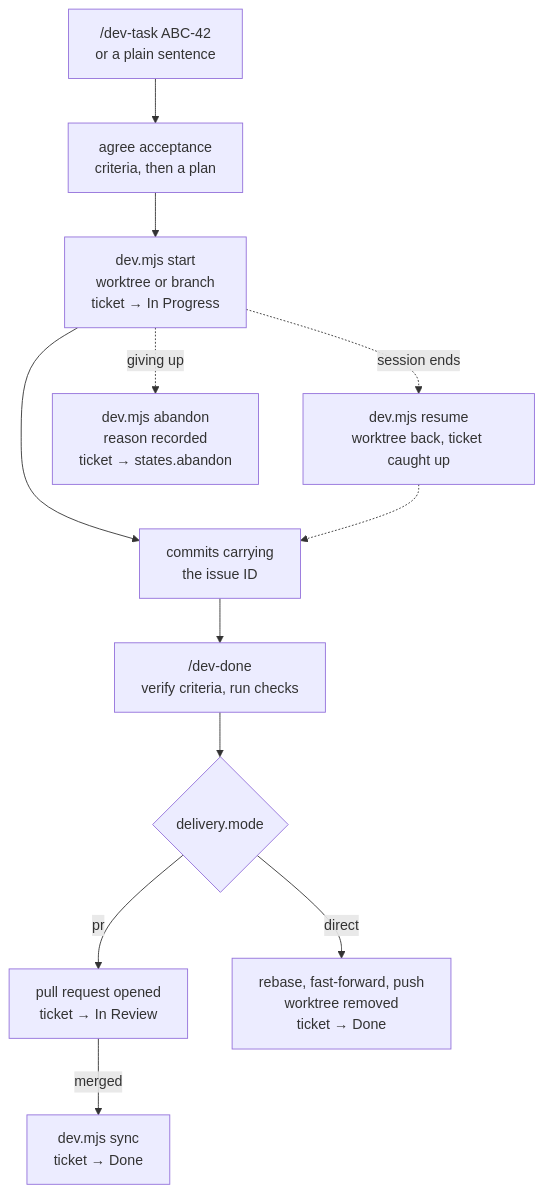
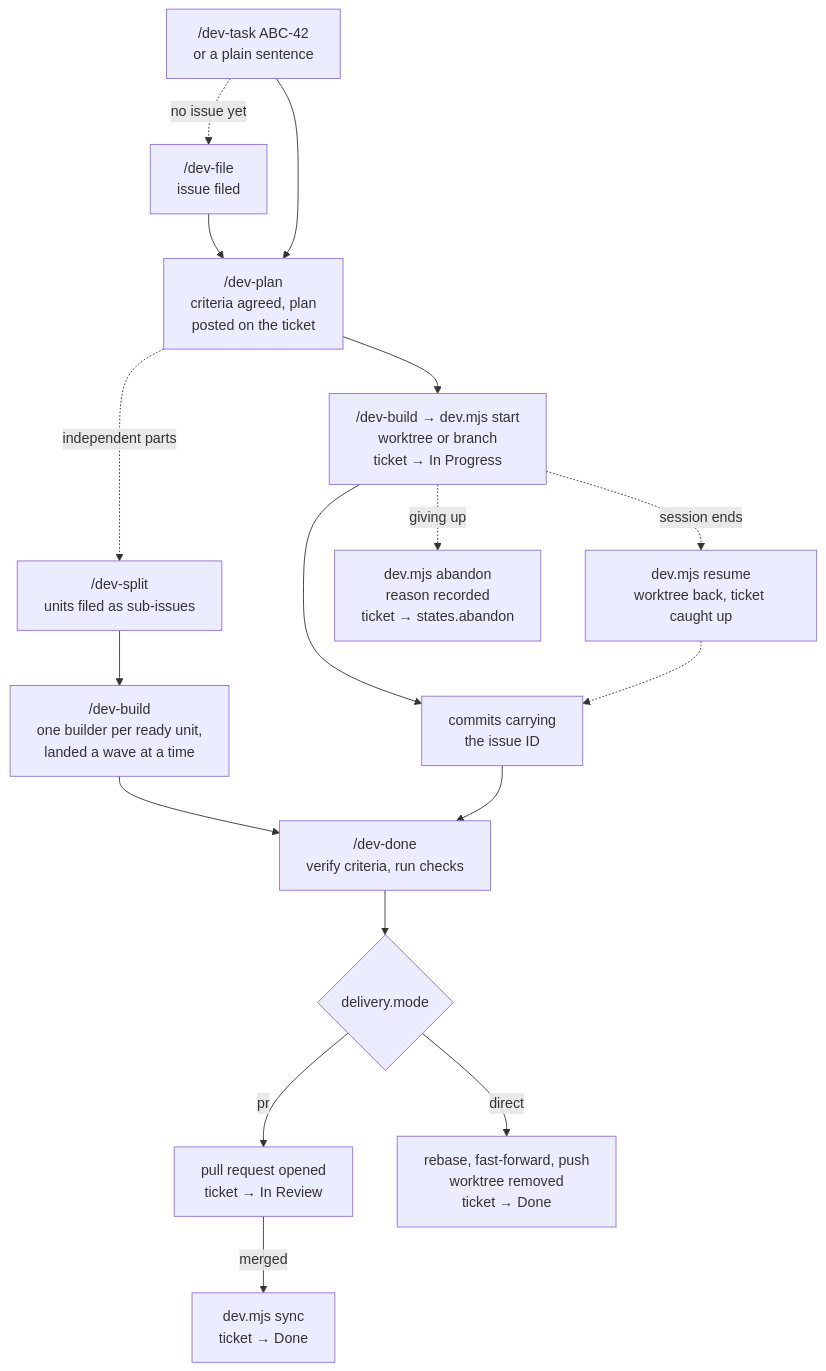
One commit to ayhid/claude-dev-workflow changed the first of 2 diagrams in README.md. Above: the diagram before and after it, drawn with Mermaid. The commit also changed other lines of this file and 28 other files, not shown here.

First line of the commit message:
skills: split /dev-task into /dev-file, /dev-plan, /dev-split and /dev-build with a builder agent (#109)

````diff
--- a/README.md
+++ b/README.md
@@ -99,14 +103,19 @@
 ```mermaid
 flowchart TD
-    A["/dev-task ABC-42<br/>or a plain sentence"] --> B["agree acceptance<br/>criteria, then a plan"]
-    B --> C["dev.mjs start<br/>worktree or branch<br/>ticket → In Progress"]
+    A["/dev-task ABC-42<br/>or a plain sentence"] -. "no issue yet" .-> A1["/dev-file<br/>issue filed"]
+    A1 --> B
+    A --> B["/dev-plan<br/>criteria agreed, plan<br/>posted on the ticket"]
+    B -. "independent parts" .-> S["/dev-split<br/>units filed as sub-issues"]
+    S --> S1["/dev-build<br/>one builder per ready unit,<br/>landed a wave at a time"]
+    S1 --> E
+    B --> C["/dev-build → dev.mjs start<br/>worktree or branch<br/>ticket → In Progress"]
     C --> D["commits carrying<br/>the issue ID"]
     D --> E["/dev-done<br/>verify criteria, run checks"]
     E --> F{"delivery.mode"}
     F -- "pr" --> G["pull request opened<br/>ticket → In Review"]
     G -- "merged" --> H["dev.mjs sync<br/>ticket → Done"]
     F -- "direct" --> I["rebase, fast-forward, push<br/>worktree removed<br/>ticket → Done"]
     C -. "session ends" .-> J["dev.mjs resume<br/>worktree back, ticket caught up"]
     J -.-> D
     C -. "giving up" .-> K["dev.mjs abandon<br/>reason recorded<br/>ticket → states.abandon"]
 ```
````
